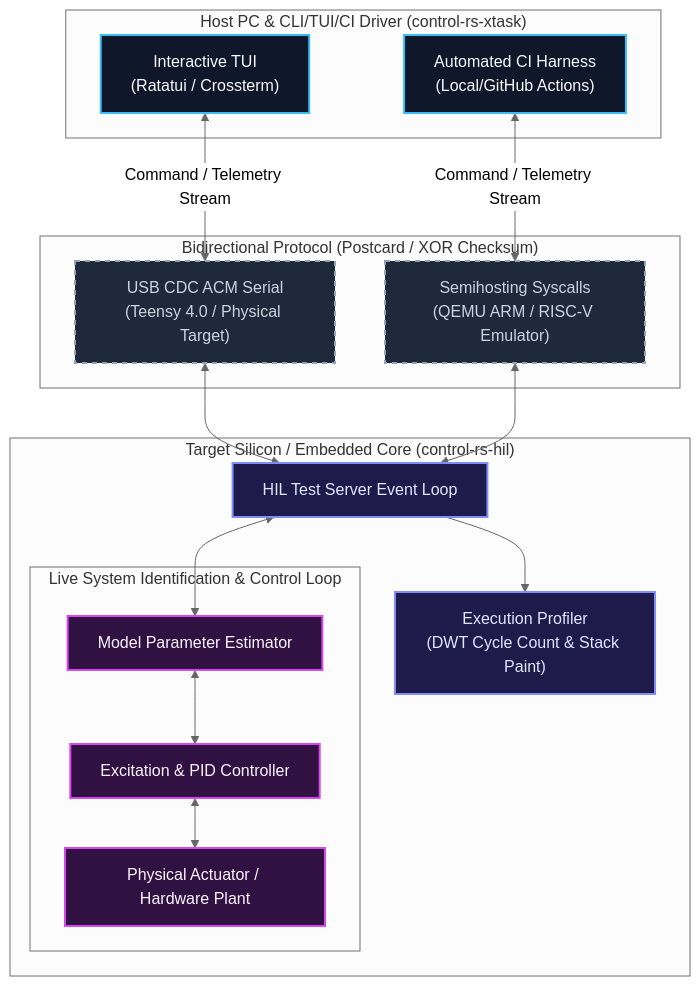
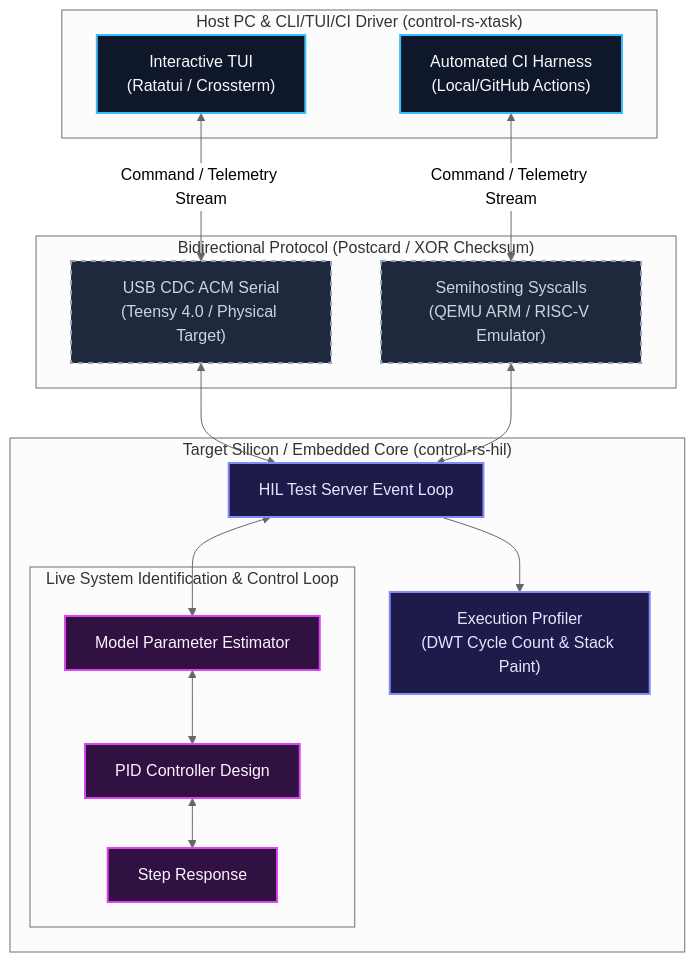
Before and after one commit to Dyse-Industries/control-rs: the diagram in README.md, drawn with Mermaid (neutral theme). The commit also changed other lines of this file, not shown here.

````diff
--- a/README.md
+++ b/README.md
@@ -11,39 +16,39 @@
 ```mermaid
 graph TD
     %% Define Styles
     classDef host fill:#0f172a,stroke:#38bdf8,stroke-width:2px,color:#f8fafc;
     classDef link fill:#1e293b,stroke:#94a3b8,stroke-width:2px,stroke-dasharray: 5 5,color:#cbd5e1;
     classDef target fill:#1e1b4b,stroke:#818cf8,stroke-width:2px,color:#e0e7ff;
     classDef loop fill:#311042,stroke:#d946ef,stroke-width:2px,color:#fdf4ff;
 
     subgraph Host["Host PC & CLI/TUI/CI Driver (control-rs-xtask)"]
         TUI["Interactive TUI<br>(Ratatui / Crossterm)"]:::host
         CI["Automated CI Harness<br>(Local/GitHub Actions)"]:::host
     end
 
     subgraph Link["Bidirectional Protocol (Postcard / XOR Checksum)"]
         USB["USB CDC ACM Serial<br>(Teensy 4.0 / Physical Target)"]:::link
         SH["Semihosting Syscalls<br>(QEMU ARM / RISC-V Emulator)"]:::link
     end
 
     subgraph Target["Target Silicon / Embedded Core (control-rs-hil)"]
         Server["HIL Test Server Event Loop"]:::target
         Profiler["Execution Profiler<br>(DWT Cycle Count & Stack Paint)"]:::target
         
         subgraph SysIdLoop["Live System Identification & Control Loop"]
             Estimator["Model Parameter Estimator"]:::loop
-            Controller["Excitation & PID Controller"]:::loop
-            Plant["Physical Actuator / Hardware Plant"]:::loop
+            Controller["PID Controller Design"]:::loop
+            Plant["Step Response"]:::loop
         end
     end
 
     %% Flow Arrows
     TUI <-->|"Command / Telemetry Stream"| USB
     CI <-->|"Command / Telemetry Stream"| SH
     USB <--> Server
     SH <--> Server
     Server --> Profiler
     Server <--> Estimator
     Estimator <--> Controller
     Controller <--> Plant
 ```
````
